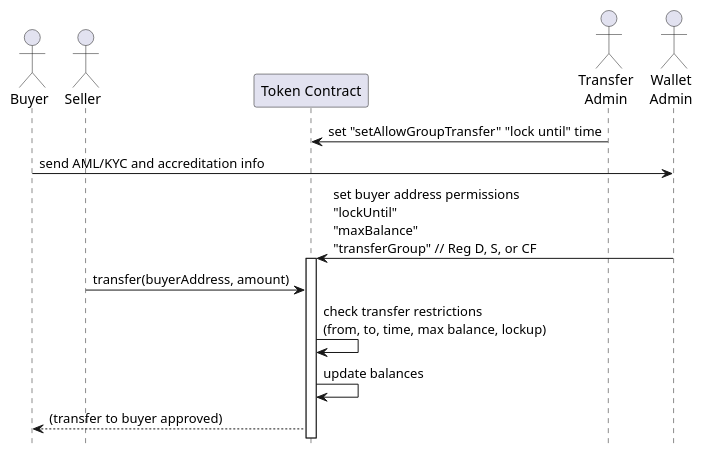
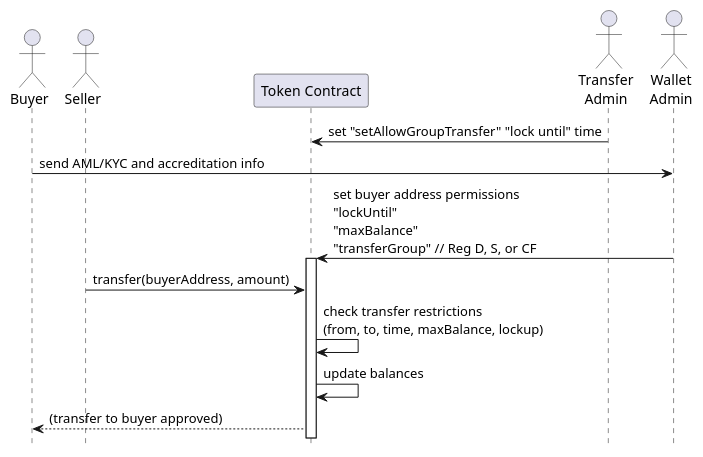
Before and after one commit to CoMakery/algorand-security-token: the first of 2 diagrams in diagrams/diagrams.md, drawn with PlantUML. The commit also changed 9 other files, not shown here.

Commit message:
Rename "max balance" to "maxBalance"

````diff
--- a/diagrams/diagrams.md
+++ b/diagrams/diagrams.md
@@ -1,19 +1,19 @@
 ```plantuml
 @startuml basic-issuance
 actor "Buyer" as Buyer
 actor "Seller" as Seller
 participant "Token Contract" as Token
 actor "Transfer\nAdmin" as TAdmin
 actor "Wallet\nAdmin" as WAdmin
 
 TAdmin -> Token: set "setAllowGroupTransfer" "lock until" time
 Buyer -> WAdmin: send AML/KYC and accreditation info
 WAdmin -> Token: set buyer address permissions\n"lockUntil"\n"maxBalance"\n"transferGroup" // Reg D, S, or CF
 activate Token
 Seller -> Token: transfer(buyerAddress, amount)
-Token -> Token: check transfer restrictions\n(from, to, time, max balance, lockup)
+Token -> Token: check transfer restrictions\n(from, to, time, maxBalance, lockup)
 Token -> Token: update balances
 Token --> Buyer: (transfer to buyer approved)
 hide footbox
 @enduml
 ```
````
